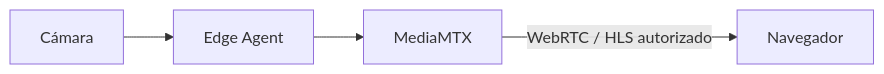
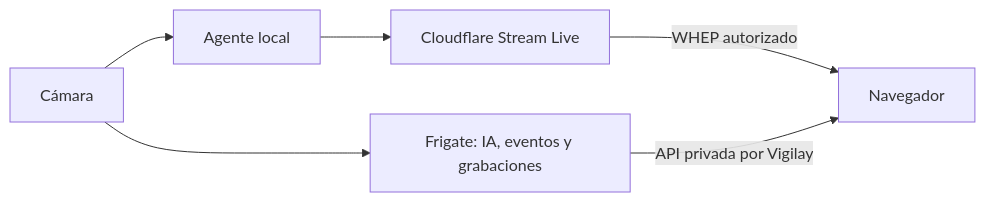
The second of 2 diagrams in docs/ARCHITECTURE.md (developerlhc/camara_ia), drawn with Mermaid before and after one commit. The commit also changed other lines of this file and 52 other files, not shown here.

````diff
--- a/docs/ARCHITECTURE.md
+++ b/docs/ARCHITECTURE.md
@@ -28,6 +28,8 @@
 ```mermaid
 flowchart LR
-  Camera[Cámara] --> Agent[Edge Agent]
-  Agent --> Gateway[MediaMTX]
-  Gateway -->|WebRTC / HLS autorizado| Browser[Navegador]
+  Camera[Cámara] --> Agent[Agente local]
+  Agent --> Cloudflare[Cloudflare Stream Live]
+  Cloudflare -->|WHEP autorizado| Browser[Navegador]
+  Camera --> Frigate[Frigate: IA, eventos y grabaciones]
+  Frigate -->|API privada por Vigilay| Browser
 ```
````
